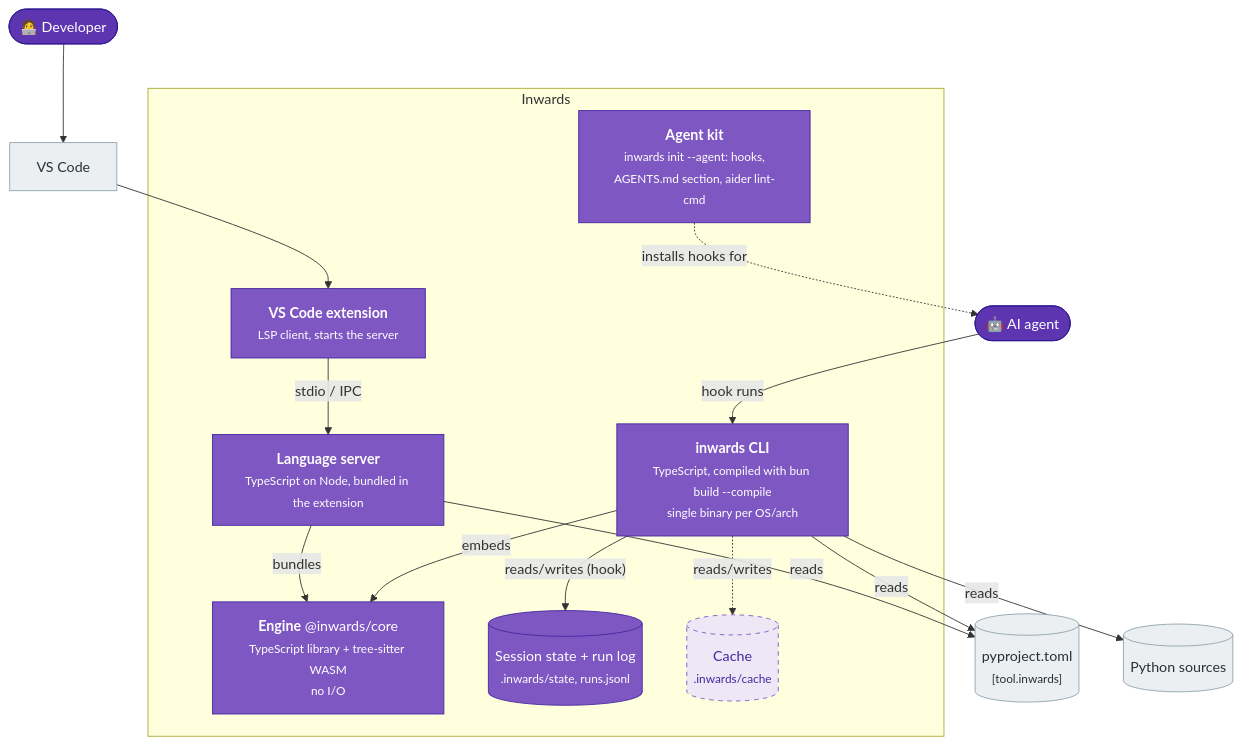
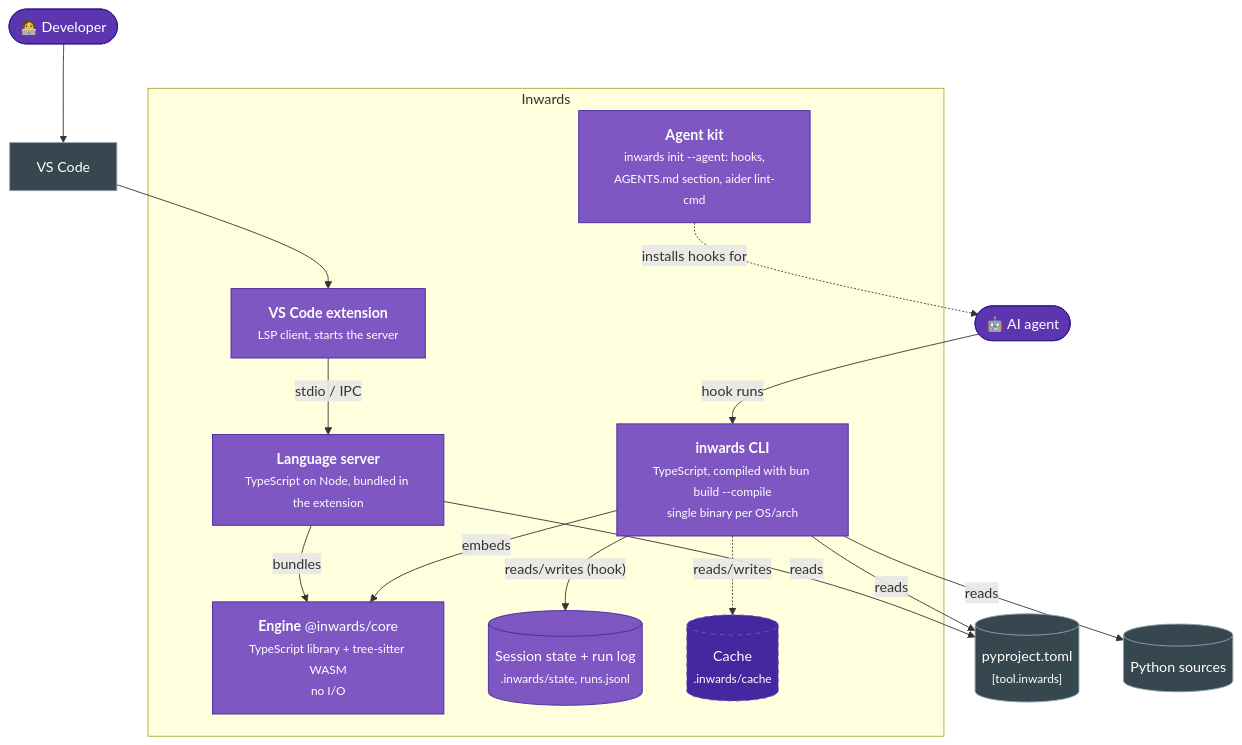
Before and after one commit to SirCypkowskyy/inwards: the second of 6 diagrams in docs/chapters/03-Architecture-C4.md, drawn with Mermaid. The commit also changed other lines of this file and 9 other files, not shown here.

````diff
--- a/docs/chapters/03-Architecture-C4.md
+++ b/docs/chapters/03-Architecture-C4.md
@@ -52,40 +52,40 @@
 ```mermaid
 flowchart TB
     agent(["🤖 AI agent"])
     dev(["🧑‍💻 Developer"])
 
     subgraph dist["Inwards"]
         cli["<b>inwards CLI</b><br/><small>TypeScript, compiled with bun build --compile<br/>single binary per OS/arch</small>"]
         lsp["<b>Language server</b><br/><small>TypeScript on Node, bundled in the extension</small>"]
         ext["<b>VS Code extension</b><br/><small>LSP client, starts the server</small>"]
         core["<b>Engine</b> @inwards/core<br/><small>TypeScript library + tree-sitter WASM<br/>no I/O</small>"]
         hooks["<b>Agent kit</b><br/><small>inwards init --agent: hooks,<br/>AGENTS.md section, aider lint-cmd</small>"]
         state[("Session state + run log<br/><small>.inwards/state, runs.jsonl</small>")]
         cache[("Cache<br/><small>.inwards/cache</small>")]
     end
 
     config[("pyproject.toml<br/><small>[tool.inwards]</small>")]
     src[("Python sources")]
     vscode["VS Code"]
 
     agent -- "hook runs" --> cli
     hooks -. "installs hooks for" .-> agent
     dev --> vscode --> ext -- "stdio / IPC" --> lsp
     cli -- "embeds" --> core
     lsp -- "bundles" --> core
     cli -- "reads" --> config
     cli -- "reads" --> src
     lsp -- "reads" --> config
     cli -- "reads/writes (hook)" --> state
     cli -. "reads/writes" .-> cache
 
     classDef person fill:#5e35b1,color:#fff,stroke:#311b92
     classDef container fill:#7e57c2,color:#fff,stroke:#4527a0
-    classDef planned fill:#ede7f6,color:#4527a0,stroke:#7e57c2,stroke-dasharray:5 5
-    classDef ext fill:#eceff1,color:#263238,stroke:#90a4ae
+    classDef planned fill:#4527a0,color:#fff,stroke:#7e57c2,stroke-dasharray:5 5
+    classDef ext fill:#37474f,color:#fff,stroke:#90a4ae
     class agent,dev person
     class cli,lsp,ext,core container
     class hooks,state container
     class cache planned
     class config,src,vscode ext
 ```
````
